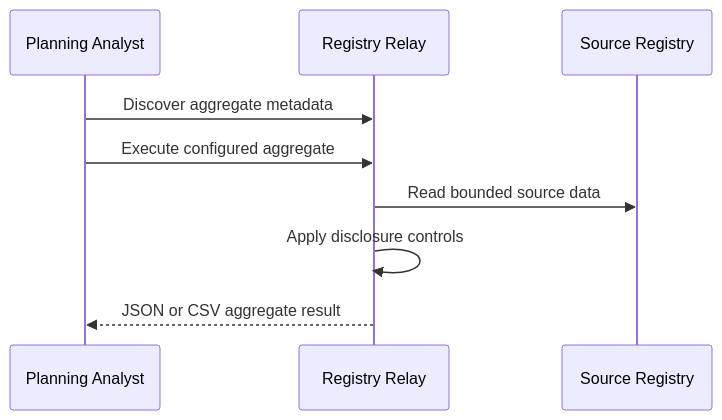
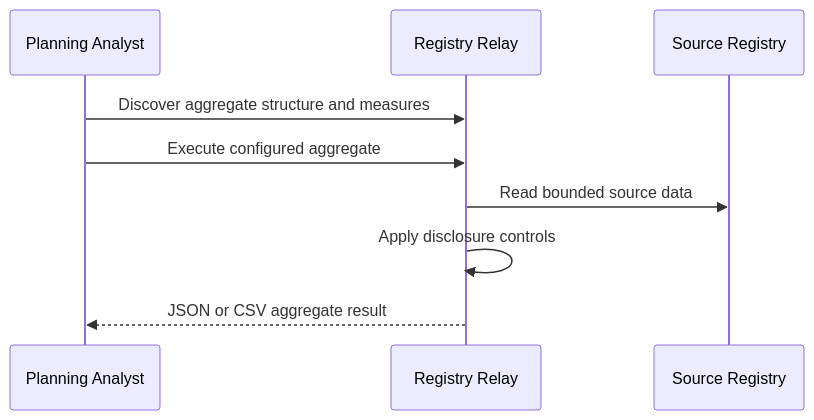
Before and after one commit to registrystack/registry-stack: the second of 4 diagrams in imports/registry-relay/docs/relay-scenario-catalog.md, drawn with Mermaid. The commit also changed 40 other files, not shown here.

````diff
--- a/imports/registry-relay/docs/relay-scenario-catalog.md
+++ b/imports/registry-relay/docs/relay-scenario-catalog.md
@@ -60,12 +60,12 @@
 ```mermaid
 sequenceDiagram
   participant Analyst as Planning Analyst
   participant Relay as Registry Relay
   participant Source as Source Registry
 
-  Analyst->>Relay: Discover aggregate metadata
+  Analyst->>Relay: Discover aggregate structure and measures
   Analyst->>Relay: Execute configured aggregate
   Relay->>Source: Read bounded source data
   Relay->>Relay: Apply disclosure controls
   Relay-->>Analyst: JSON or CSV aggregate result
 ```
````
